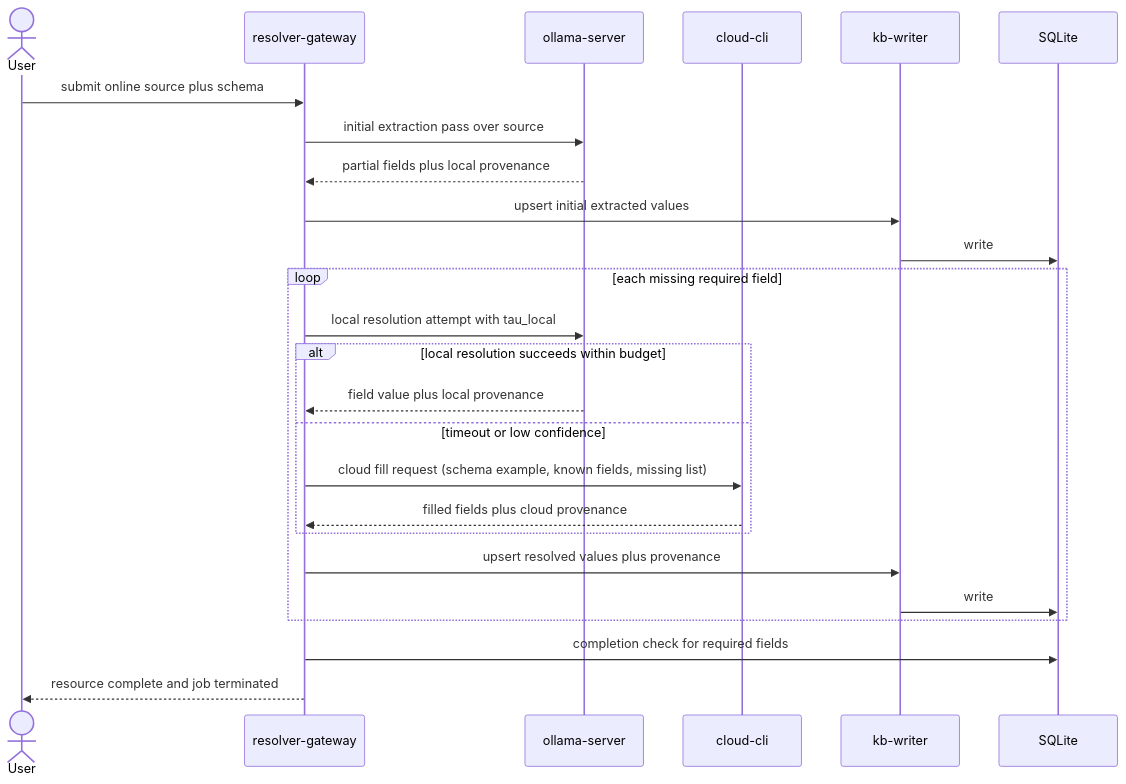
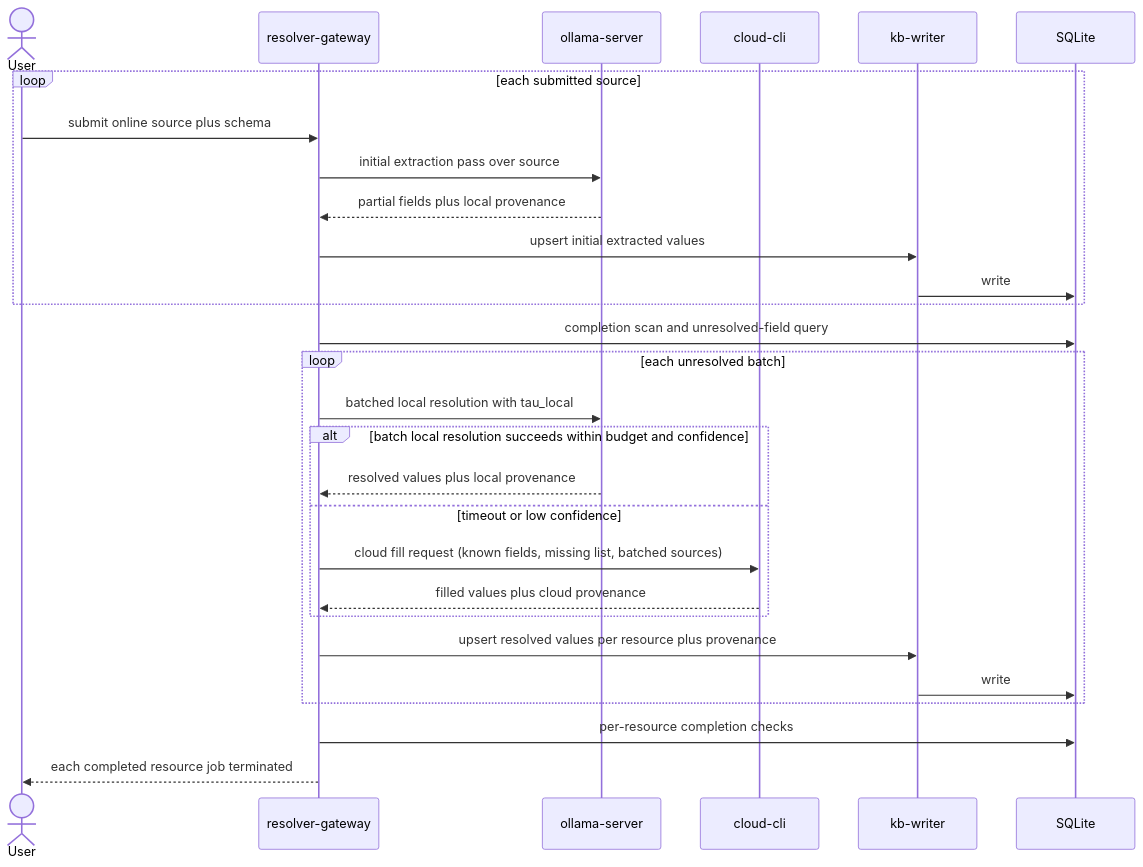
The diagram in docs/architecture/01_runtime_routing_and_invocation.md (xXChiffreXx/AI-Hybrid-Deployment), drawn with Mermaid before and after one commit. The commit also changed other lines of this file and 10 other files, not shown here.

Commit message:
docs: align architecture and budget flow with batched enrichment

````diff
--- a/docs/architecture/01_runtime_routing_and_invocation.md
+++ b/docs/architecture/01_runtime_routing_and_invocation.md
@@ -29,30 +38,34 @@
 ```mermaid
 sequenceDiagram
   actor U as User
   participant G as resolver-gateway
   participant O as ollama-server
   participant C as cloud-cli
   participant W as kb-writer
   participant S as SQLite
 
-  U->>G: submit online source plus schema
-  G->>O: initial extraction pass over source
-  O-->>G: partial fields plus local provenance
-  G->>W: upsert initial extracted values
-  W->>S: write
-
-  loop each missing required field
-    G->>O: local resolution attempt with tau_local
-    alt local resolution succeeds within budget
-      O-->>G: field value plus local provenance
-    else timeout or low confidence
-      G->>C: cloud fill request (schema example, known fields, missing list)
-      C-->>G: filled fields plus cloud provenance
-    end
-    G->>W: upsert resolved values plus provenance
+  loop each submitted source
+    U->>G: submit online source plus schema
+    G->>O: initial extraction pass over source
+    O-->>G: partial fields plus local provenance
+    G->>W: upsert initial extracted values
     W->>S: write
   end
 
-  G->>S: completion check for required fields
-  G-->>U: resource complete and job terminated
+  G->>S: completion scan and unresolved-field query
+
+  loop each unresolved batch
+    G->>O: batched local resolution with tau_local
+    alt batch local resolution succeeds within budget and confidence
+      O-->>G: resolved values plus local provenance
+    else timeout or low confidence
+      G->>C: cloud fill request (known fields, missing list, batched sources)
+      C-->>G: filled values plus cloud provenance
+    end
+    G->>W: upsert resolved values per resource plus provenance
+    W->>S: write
+  end
+
+  G->>S: per-resource completion checks
+  G-->>U: each completed resource job terminated
 ```
````
